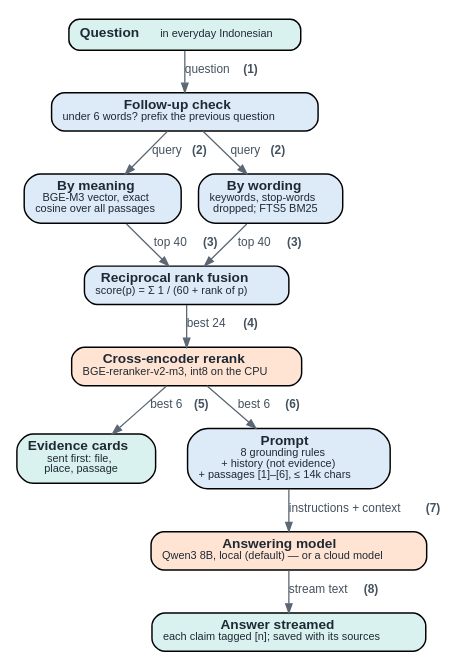
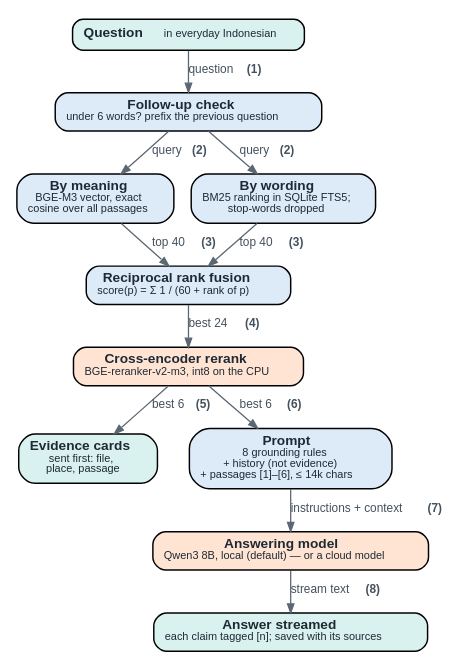
Before and after one commit to alfa-yohannis/akreditasi: the diagram in publications/paper/diagrams/query.dot, drawn with Graphviz. The commit also changed 16 other files, not shown here.

```diff
--- a/publications/paper/diagrams/query.dot
+++ b/publications/paper/diagrams/query.dot
@@ -1,51 +1,51 @@
 // Fig. 3 — question-answering pipeline. Rendered by render_diagrams.py.
 // Same pastel palette as architecture.dot. Sized for one IEEE column (252 pt).
 digraph query {
   graph [rankdir=TB, newrank=true, fontname="Helvetica", nodesep=0.12, ranksep=0.15,
          pad="0.02,0.04", splines=line, bgcolor="white"];
   node  [shape=box, style="rounded,filled", fontname="Helvetica", fontsize=7.5,
          fontcolor="#1F2933", penwidth=0.8, margin="0.09,0.05", height=0.24];
   edge  [color="#5B6773", penwidth=0.7, arrowsize=0.5, fontname="Helvetica",
          fontsize=6.5, fontcolor="#44515E"];
 
   question [fillcolor="#D9F2EF", color="black",
             label=<<B>Question</B>  <FONT POINT-SIZE="6.5">in everyday Indonesian</FONT>>];
   expand   [fillcolor="#DDEBF9", color="black",
             label=<<B>Follow-up check</B><BR/><FONT POINT-SIZE="6.5">under 6 words? prefix the previous question</FONT>>];
 
   meaning  [fillcolor="#DDEBF9", color="black",
             label=<<B>By meaning</B><BR/><FONT POINT-SIZE="6.5">BGE-M3 vector, exact<BR/>cosine over all passages</FONT>>];
   wording  [fillcolor="#DDEBF9", color="black",
-            label=<<B>By wording</B><BR/><FONT POINT-SIZE="6.5">keywords, stop-words<BR/>dropped; FTS5 BM25</FONT>>];
+            label=<<B>By wording</B><BR/><FONT POINT-SIZE="6.5">BM25 ranking in SQLite FTS5;<BR/>stop-words dropped</FONT>>];
 
   fuse     [fillcolor="#DDEBF9", color="black",
             label=<<B>Reciprocal rank fusion</B><BR/><FONT POINT-SIZE="6.5">score(p) = Σ 1 / (60 + rank of p)</FONT>>];
   rerank   [fillcolor="#FFE4D4", color="black",
             label=<<B>Cross-encoder rerank</B><BR/><FONT POINT-SIZE="6.5">BGE-reranker-v2-m3, int8 on the CPU</FONT>>];
 
   cards    [fillcolor="#D9F2EF", color="black",
             label=<<B>Evidence cards</B><BR/><FONT POINT-SIZE="6.5">sent first: file,<BR/>place, passage</FONT>>];
   prompt   [fillcolor="#DDEBF9", color="black",
             label=<<B>Prompt</B><BR/><FONT POINT-SIZE="6.5">8 grounding rules<BR/>+ history (not evidence)<BR/>+ passages [1]–[6], ≤ 14k chars</FONT>>];
 
   model    [fillcolor="#FFE4D4", color="black",
             label=<<B>Answering model</B><BR/><FONT POINT-SIZE="6.5">Qwen3 8B, local (default) — or a cloud model</FONT>>];
   answer   [fillcolor="#D9F2EF", color="black",
             label=<<B>Answer streamed</B><BR/><FONT POINT-SIZE="6.5">each claim tagged [n]; saved with its sources</FONT>>];
 
   { rank=same; meaning; wording; }
   { rank=same; cards; prompt; }
 
   // Every edge says what it does or what flows along it, ending with its step.
   question -> expand [label=< question <B>(1)</B>>];
   expand -> meaning [class="mid left", label=<query <B>(2)</B>>];
   expand -> wording [class="mid right", label=<query <B>(2)</B>>];
   meaning -> fuse [label=< top 40 <B>(3)</B>>];
   wording -> fuse [label=< top 40 <B>(3)</B>>];
   fuse -> rerank [label=< best 24 <B>(4)</B>>];
   rerank -> cards [label=<best 6 <B>(5)</B> >];
   rerank -> prompt [label=< best 6 <B>(6)</B>>];
   prompt -> model [label=< instructions + context <B>(7)</B>>];
   model -> answer [label=< stream text <B>(8)</B>>];
   cards -> prompt [style=invis];
 }
```
